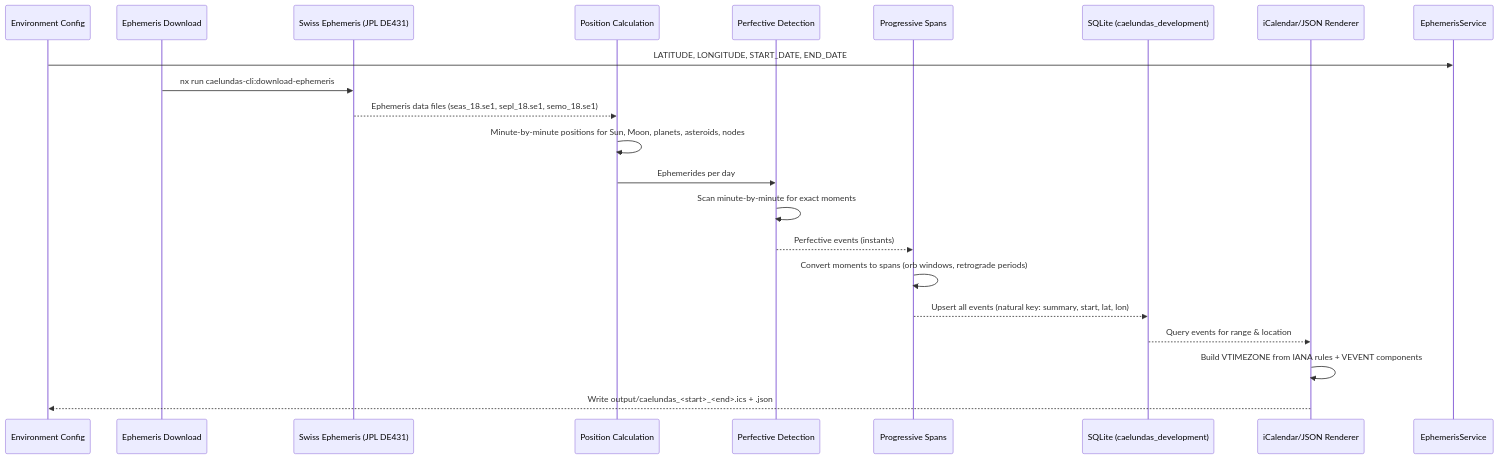
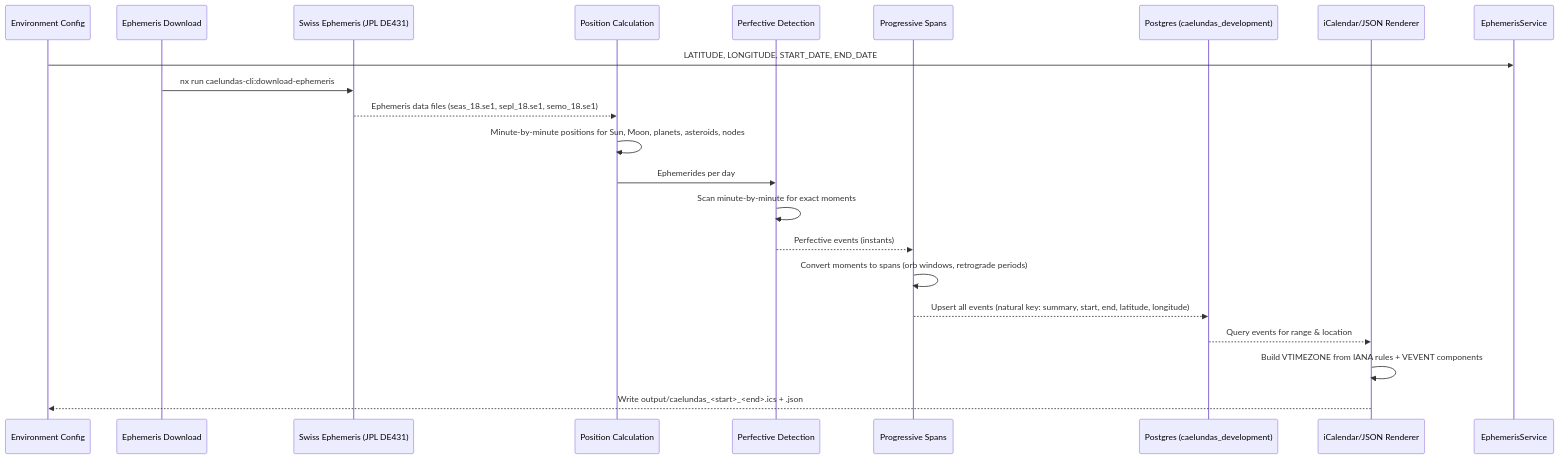
Before and after one commit to organizzolini/codebase: the diagram in documentation/openwiki/domain/caelundas.md, drawn with Mermaid. The commit also changed other lines of this file and 74 other files, not shown here.

````diff
--- a/documentation/openwiki/domain/caelundas.md
+++ b/documentation/openwiki/domain/caelundas.md
@@ -53,24 +55,24 @@
 ```mermaid
 sequenceDiagram
     participant Config as Environment Config
     participant EphemDL as Ephemeris Download
     participant Swiss as Swiss Ephemeris (JPL DE431)
     participant PosCalc as Position Calculation
     participant Perfective as Perfective Detection
     participant Progressive as Progressive Spans
-    participant SQLite as SQLite (caelundas_development)
+    participant Postgres as Postgres (caelundas_development)
     participant Renderer as iCalendar/JSON Renderer
 
     Config->>EphemerisService: LATITUDE, LONGITUDE, START_DATE, END_DATE
     EphemDL->>Swiss: nx run caelundas-cli:download-ephemeris
     Swiss-->>PosCalc: Ephemeris data files (seas_18.se1, sepl_18.se1, semo_18.se1)
     PosCalc->>PosCalc: Minute-by-minute positions for Sun, Moon, planets, asteroids, nodes
     PosCalc->>Perfective: Ephemerides per day
     Perfective->>Perfective: Scan minute-by-minute for exact moments
     Perfective-->>Progressive: Perfective events (instants)
     Progressive->>Progressive: Convert moments to spans (orb windows, retrograde periods)
-    Progressive-->>SQLite: Upsert all events (natural key: summary, start, lat, lon)
-    SQLite-->>Renderer: Query events for range & location
+    Progressive-->>Postgres: Upsert all events (natural key: summary, start, end, latitude, longitude)
+    Postgres-->>Renderer: Query events for range & location
     Renderer->>Renderer: Build VTIMEZONE from IANA rules + VEVENT components
     Renderer-->>Config: Write output/caelundas_<start>_<end>.ics + .json
 ```
````
